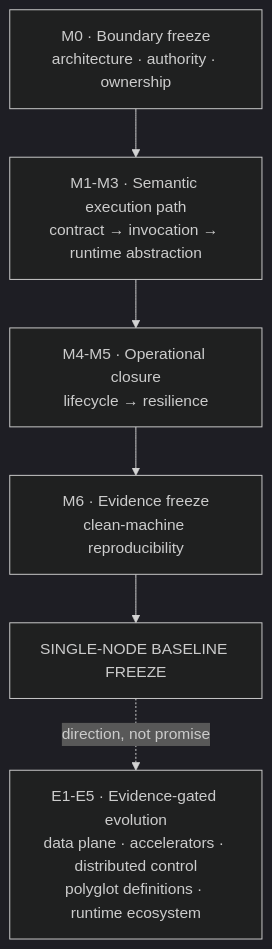
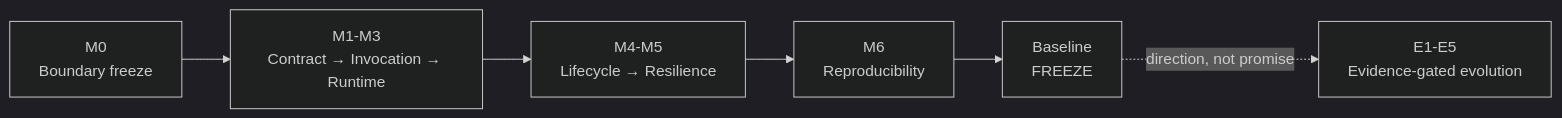
The second of 3 diagrams in README.md (NoctilumeDev/JPyxis), drawn with Mermaid (dark theme) before and after one commit.

Commit message:
docs: compact roadmap rendering

````diff
--- a/README.md
+++ b/README.md
@@ -116,12 +116,12 @@
 ```mermaid
-flowchart TB
-    M0["M0 · Boundary freeze<br/>architecture · authority · ownership"]
-    M13["M1-M3 · Semantic execution path<br/>contract → invocation → runtime abstraction"]
-    M45["M4-M5 · Operational closure<br/>lifecycle → resilience"]
-    M6["M6 · Evidence freeze<br/>clean-machine reproducibility"]
-    FREEZE["SINGLE-NODE BASELINE FREEZE"]
-    E["E1-E5 · Evidence-gated evolution<br/>data plane · accelerators · distributed control<br/>polyglot definitions · runtime ecosystem"]
+flowchart LR
+    M0["M0<br/>Boundary freeze"]
+    M13["M1-M3<br/>Contract → Invocation → Runtime"]
+    M45["M4-M5<br/>Lifecycle → Resilience"]
+    M6["M6<br/>Reproducibility"]
+    FREEZE["Baseline<br/>FREEZE"]
+    E["E1-E5<br/>Evidence-gated evolution"]
 
     M0 --> M13 --> M45 --> M6 --> FREEZE
     FREEZE -. "direction, not promise" .-> E
 ```
````
